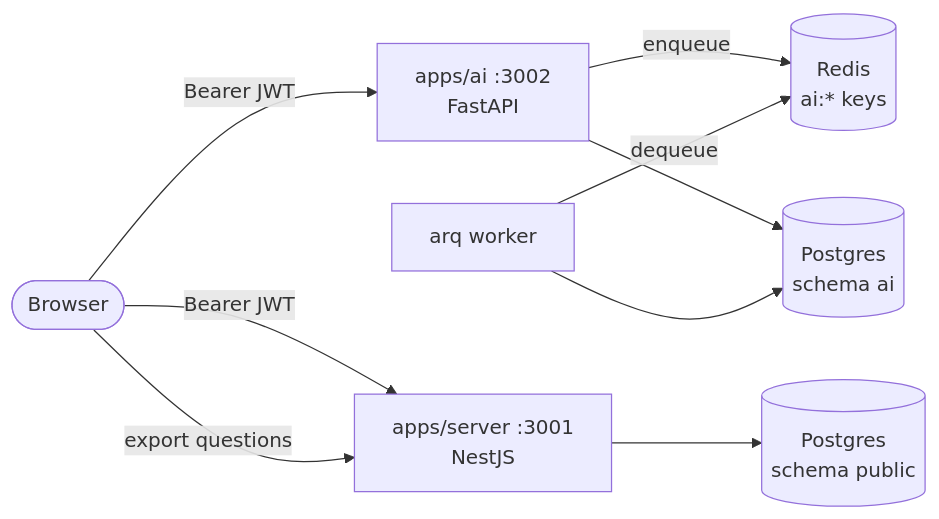
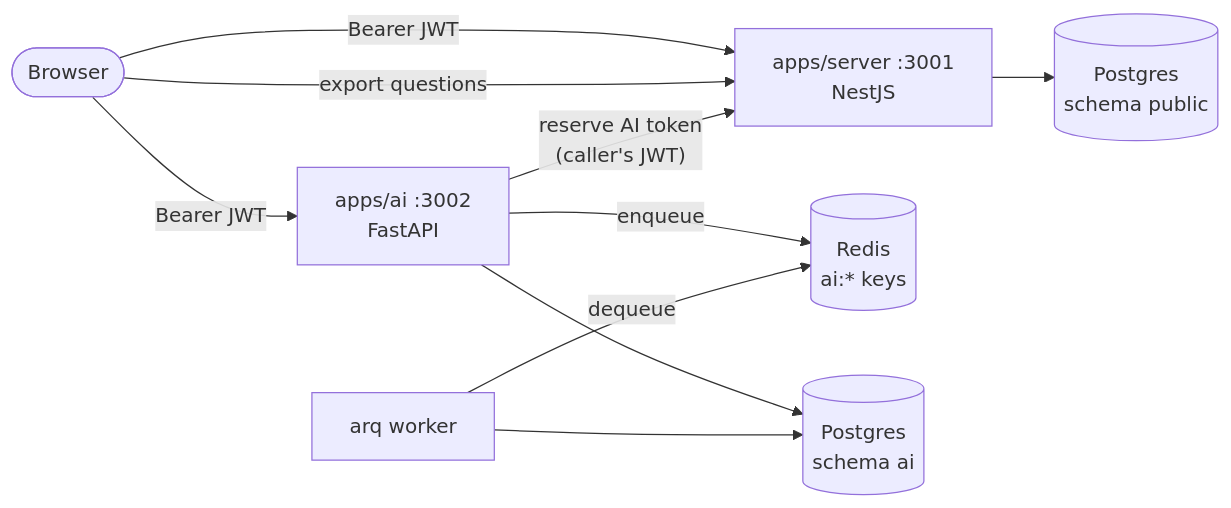
Before and after one commit to buzrr/buzrr: the diagram in docs/architecture/ai.md, drawn with Mermaid. The commit also changed other lines of this file and 97 other files, not shown here.

````diff
--- a/docs/architecture/ai.md
+++ b/docs/architecture/ai.md
@@ -16,11 +16,12 @@
 ```mermaid
 flowchart LR
     B([Browser]) -- "Bearer JWT" --> A["apps/ai :3002<br/>FastAPI"]
     B -- "Bearer JWT" --> S["apps/server :3001<br/>NestJS"]
     A -- enqueue --> R[("Redis<br/>ai:* keys")]
     W["arq worker"] -- dequeue --> R
     A --> PG[("Postgres<br/>schema ai")]
     W --> PG
     S --> PGP[("Postgres<br/>schema public")]
     B -- "export questions" --> S
+    A -- "reserve AI token<br/>(caller's JWT)" --> S
 ```
````
